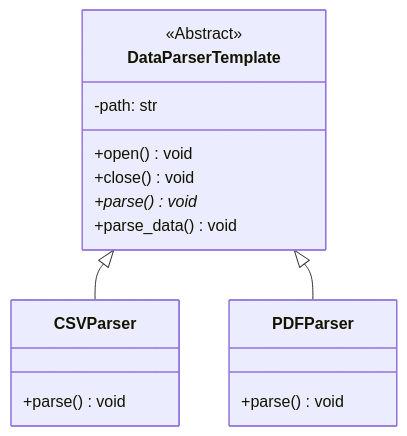
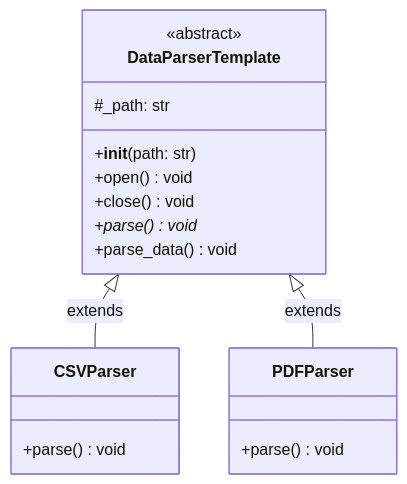
Before and after one commit to chahatsagarmain/lld: the first of 2 diagrams in template/README.md, drawn with Mermaid. The commit also changed other lines of this file and 13 other files, not shown here.

````diff
--- a/template/README.md
+++ b/template/README.md
@@ -19,19 +57,23 @@
 ```mermaid
 classDiagram
     class DataParserTemplate {
-        <<Abstract>>
-        -path: str
+        <<abstract>>
+        #_path: str
+        +__init__(path: str)
         +open() void
         +close() void
         +parse()* void
         +parse_data() void
     }
+
     class CSVParser {
         +parse() void
     }
+
     class PDFParser {
         +parse() void
     }
-    DataParserTemplate <|-- CSVParser
-    DataParserTemplate <|-- PDFParser
+
+    DataParserTemplate <|-- CSVParser : extends
+    DataParserTemplate <|-- PDFParser : extends
 ```
````
